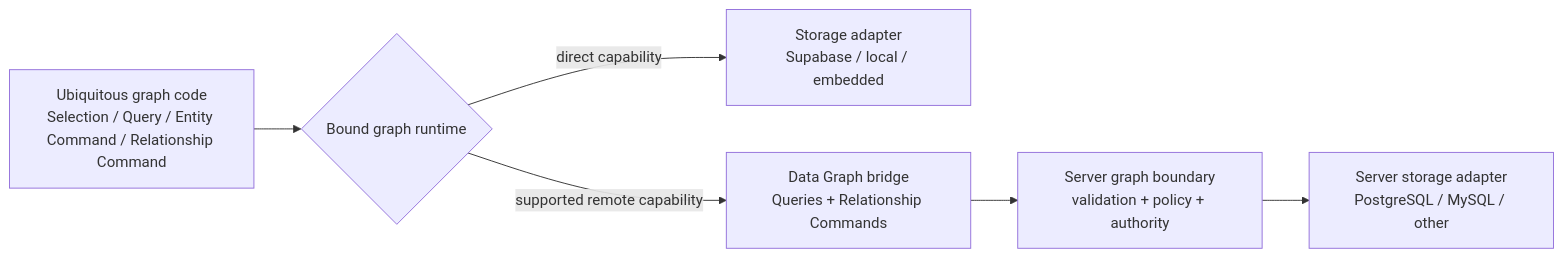
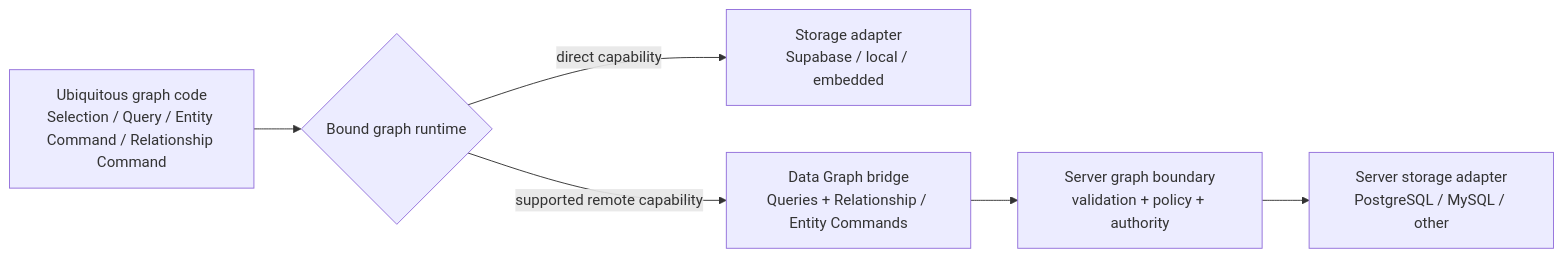
One commit to javifernandes/ontahi changed the diagram in plans/current/128-ontahi-data-graph-execution-bridge.md. Above: the diagram before and after it, drawn with Mermaid. The commit also changed other lines of this file and 29 other files, not shown here.

First line of the commit message:
Plan 128f: bridge exact Entity Mutation Commands (#92)

````diff
--- a/plans/current/128-ontahi-data-graph-execution-bridge.md
+++ b/plans/current/128-ontahi-data-graph-execution-bridge.md
@@ -59,8 +61,8 @@
 ```mermaid
 flowchart LR
   Code["Ubiquitous graph code\nSelection / Query / Entity Command / Relationship Command"] --> Runtime{"Bound graph runtime"}
   Runtime -->|direct capability| Direct["Storage adapter\nSupabase / local / embedded"]
-  Runtime -->|supported remote capability| Bridge["Data Graph bridge\nQueries + Relationship Commands"]
+  Runtime -->|supported remote capability| Bridge["Data Graph bridge\nQueries + Relationship / Entity Commands"]
   Bridge --> Boundary["Server graph boundary\nvalidation + policy + authority"]
   Boundary --> ServerAdapter["Server storage adapter\nPostgreSQL / MySQL / other"]
 ```
````
